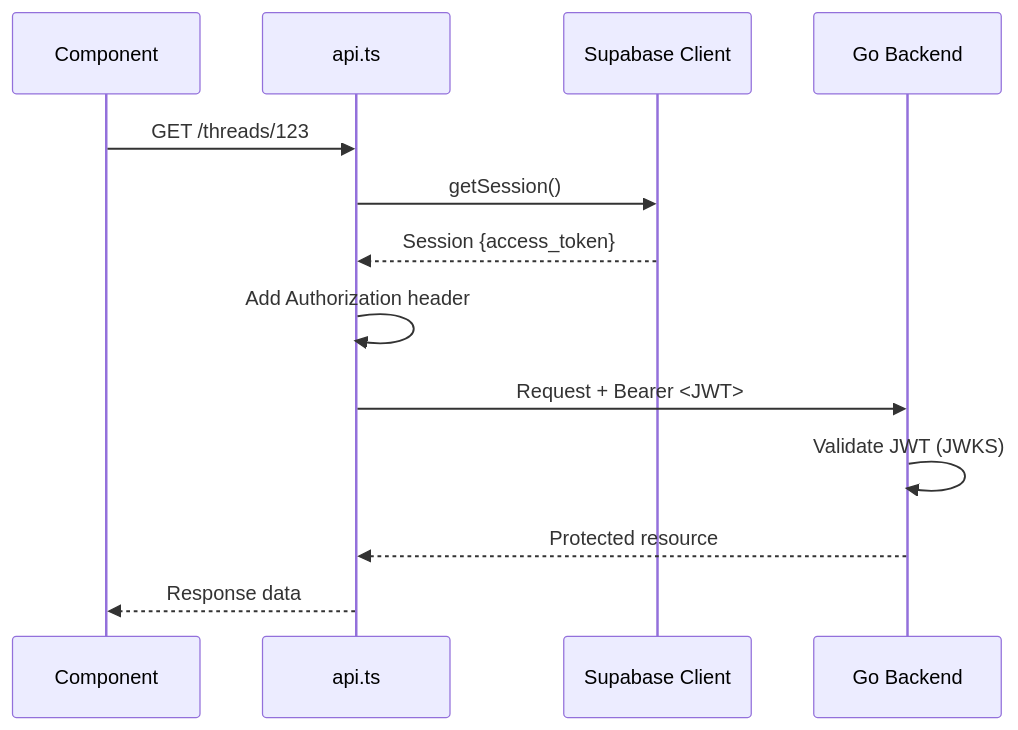
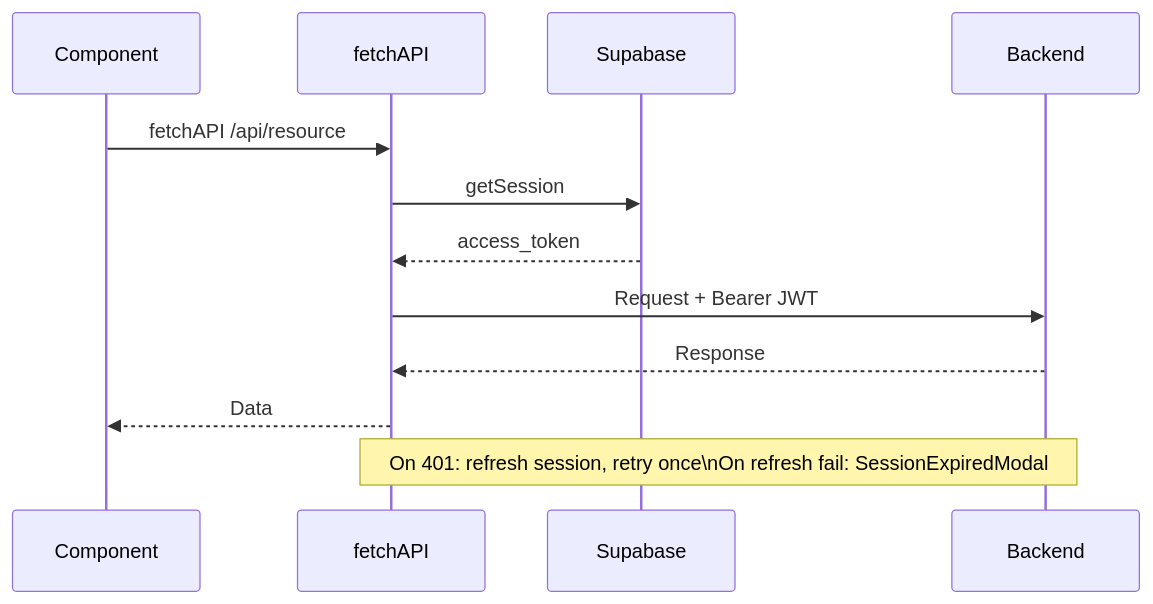
Before and after one commit to haowjy/meridian-flow: the second of 3 diagrams in _docs/technical/frontend/auth-implementation.md, drawn with Mermaid. The commit also changed other lines of this file and 62 other files, not shown here.

````diff
--- a/_docs/technical/frontend/auth-implementation.md
+++ b/_docs/technical/frontend/auth-implementation.md
@@ -41,16 +40,15 @@
 ```mermaid
 sequenceDiagram
     participant Component
-    participant API as api.ts
-    participant Supabase as Supabase Client
-    participant Backend as Go Backend
+    participant API as fetchAPI
+    participant Supabase
+    participant Backend
 
-    Component->>API: GET /threads/123
-    API->>Supabase: getSession()
-    Supabase-->>API: Session {access_token}
-    API->>API: Add Authorization header
-    API->>Backend: Request + Bearer <JWT>
-    Backend->>Backend: Validate JWT (JWKS)
-    Backend-->>API: Protected resource
-    API-->>Component: Response data
+    Component->>API: fetchAPI /api/resource
+    API->>Supabase: getSession
+    Supabase-->>API: access_token
+    API->>Backend: Request + Bearer JWT
+    Backend-->>API: Response
+    API-->>Component: Data
+    Note over API,Backend: On 401: refresh session, retry once\nOn refresh fail: SessionExpiredModal
 ```
````
